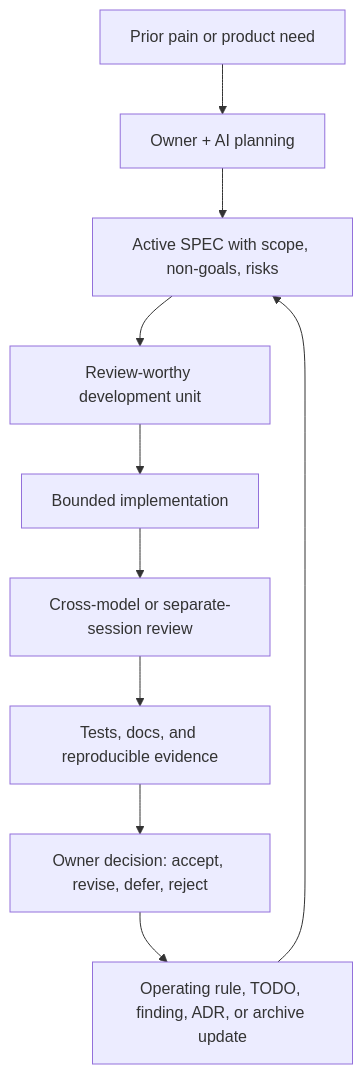
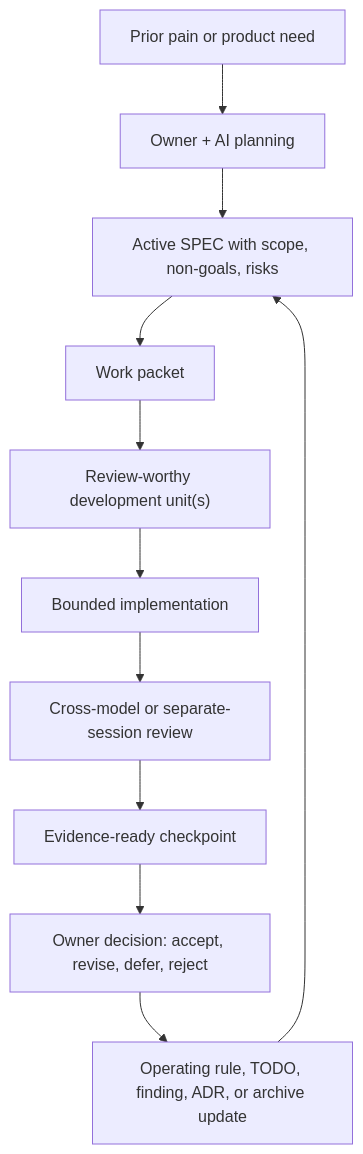
The first of 5 diagrams in docs/diagrams.md (LiveTrack-X/spec-driven-ai-development), drawn with Mermaid before and after one commit. The commit also changed other lines of this file and 28 other files, not shown here.

Commit message:
Add work packet autonomy and implementation discipline

````diff
--- a/docs/diagrams.md
+++ b/docs/diagrams.md
@@ -8,12 +8,13 @@
 ```mermaid
 flowchart TD
     A["Prior pain or product need"] --> B["Owner + AI planning"]
     B --> C["Active SPEC with scope, non-goals, risks"]
-    C --> D["Review-worthy development unit"]
-    D --> E["Bounded implementation"]
-    E --> F["Cross-model or separate-session review"]
-    F --> G["Tests, docs, and reproducible evidence"]
-    G --> H["Owner decision: accept, revise, defer, reject"]
-    H --> I["Operating rule, TODO, finding, ADR, or archive update"]
-    I --> C
+    C --> D["Work packet"]
+    D --> E["Review-worthy development unit(s)"]
+    E --> F["Bounded implementation"]
+    F --> G["Cross-model or separate-session review"]
+    G --> H["Evidence-ready checkpoint"]
+    H --> I["Owner decision: accept, revise, defer, reject"]
+    I --> J["Operating rule, TODO, finding, ADR, or archive update"]
+    J --> C
 ```
````
